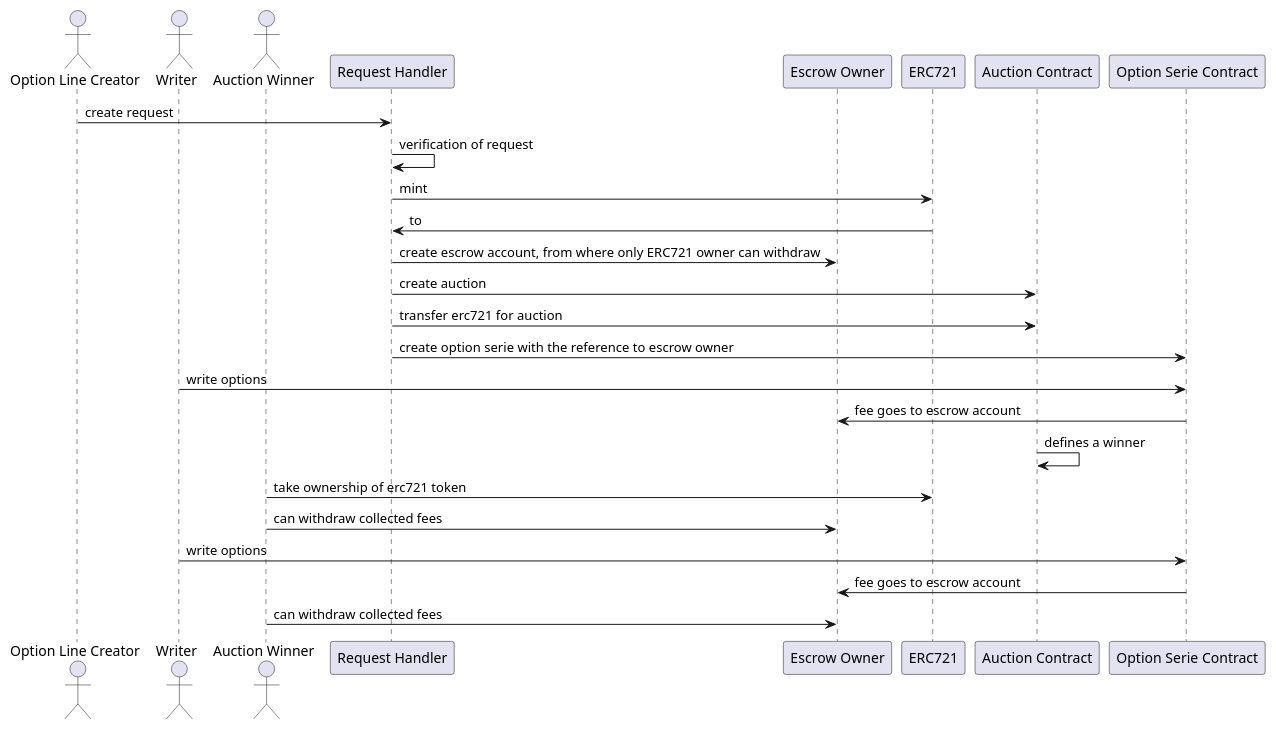
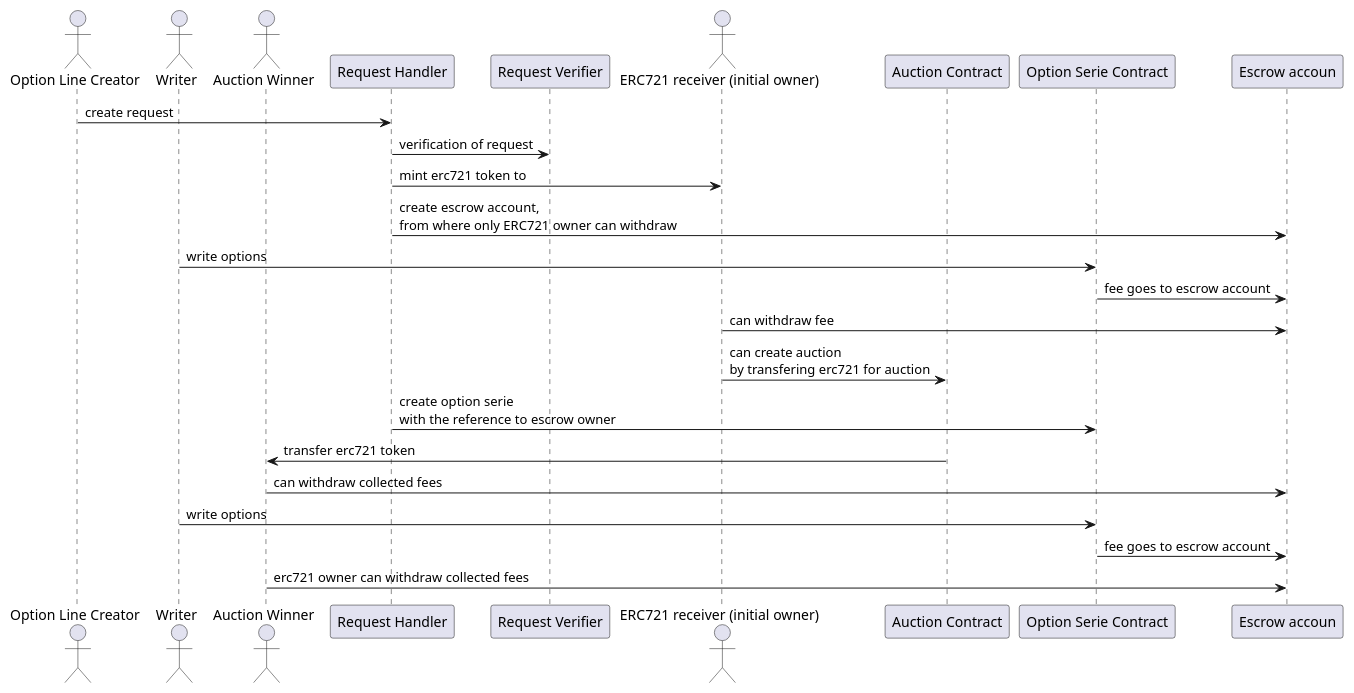
One commit to mxn/eth_option changed the diagram in docs/dias/create_option_serie.puml. Above: the diagram before and after it, drawn with PlantUML. The commit also changed 1 other file, not shown here.

Commit message:
dias option serie request

```diff
--- a/docs/dias/create_option_serie.puml
+++ b/docs/dias/create_option_serie.puml
@@ -1,36 +1,34 @@
 @startuml
 actor "Option Line Creator" as creator
 actor "Writer" as writer
 actor "Auction Winner" as auction_winner
 participant "Request Handler" as req_handler
-participant "Escrow Owner" as created_owner
-participant "ERC721" as erc721
+participant "Request Verifier" as req_verifier
+actor "ERC721 receiver (initial owner)" as erc721_receiver
 participant "Auction Contract" as auction
 participant "Option Serie Contract" as opt_serie
+participant "Escrow accoun" as created_owner
+
 
 creator -> req_handler: create request
-req_handler -> req_handler: verification of request
-req_handler -> erc721: mint
-erc721 -> req_handler: to 
-req_handler -> created_owner: create escrow account, from where only ERC721 owner can withdraw 
+req_handler -> req_verifier: verification of request
+req_handler -> erc721_receiver: mint erc721 token to
 
-req_handler -> auction: create auction
-req_handler -> auction: transfer erc721 for auction
-
-req_handler -> opt_serie: create option serie with the reference to escrow owner
+req_handler -> created_owner: create escrow account, \nfrom where only ERC721 owner can withdraw 
 
 writer -> opt_serie: write options
 opt_serie -> created_owner: fee goes to escrow account
 
-auction -> auction: defines a winner
-auction_winner -> erc721: take ownership of erc721 token
+erc721_receiver -> created_owner: can withdraw fee 
+
+erc721_receiver -> auction: can create auction \nby transfering erc721 for auction
+req_handler -> opt_serie: create option serie \nwith the reference to escrow owner
+
+auction -> auction_winner: transfer erc721 token
 auction_winner -> created_owner: can withdraw collected fees
-
-
 writer -> opt_serie: write options
 opt_serie -> created_owner: fee goes to escrow account
-auction_winner -> created_owner: can withdraw collected fees
-
+auction_winner -> created_owner: erc721 owner can withdraw collected fees
 
 
 @enduml
```
